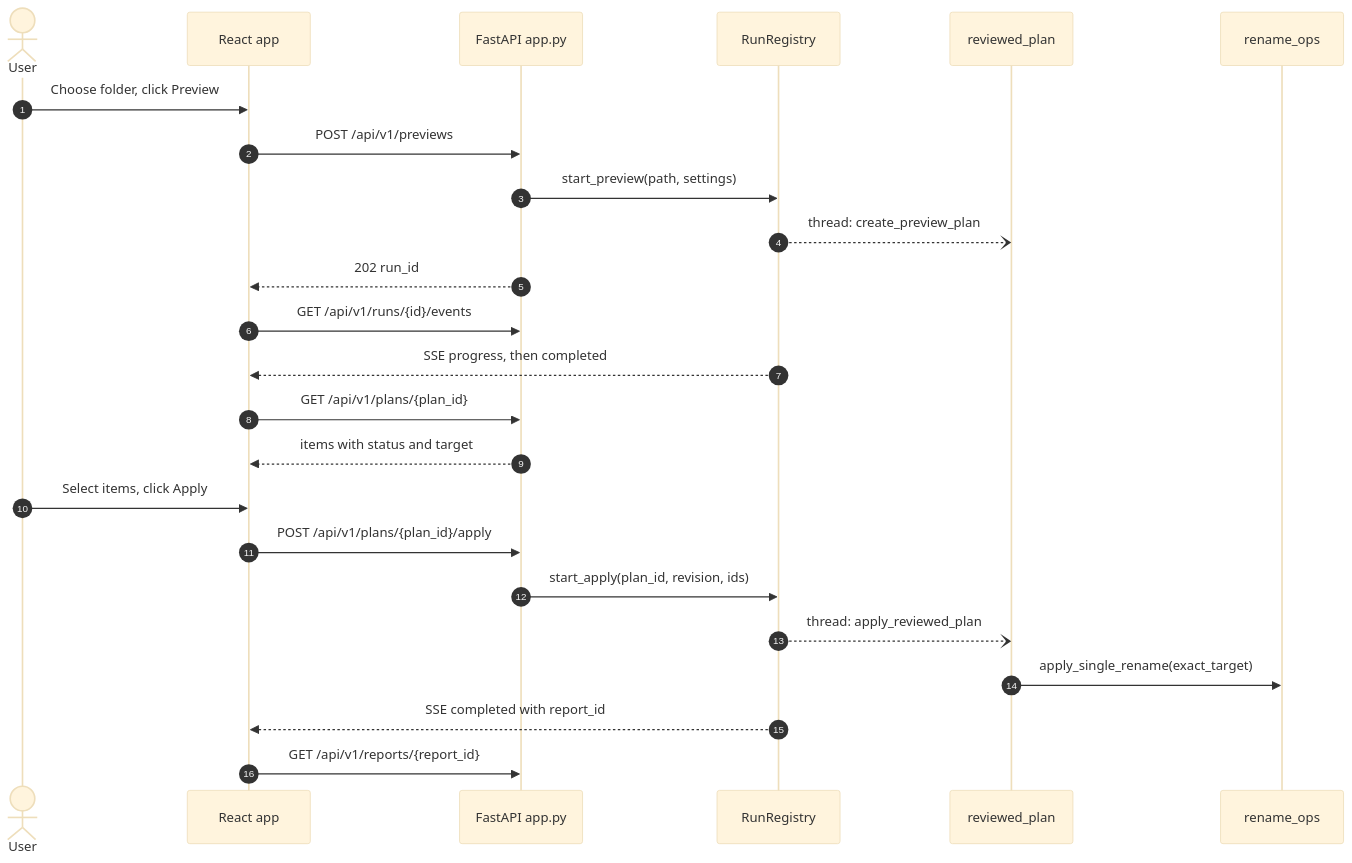
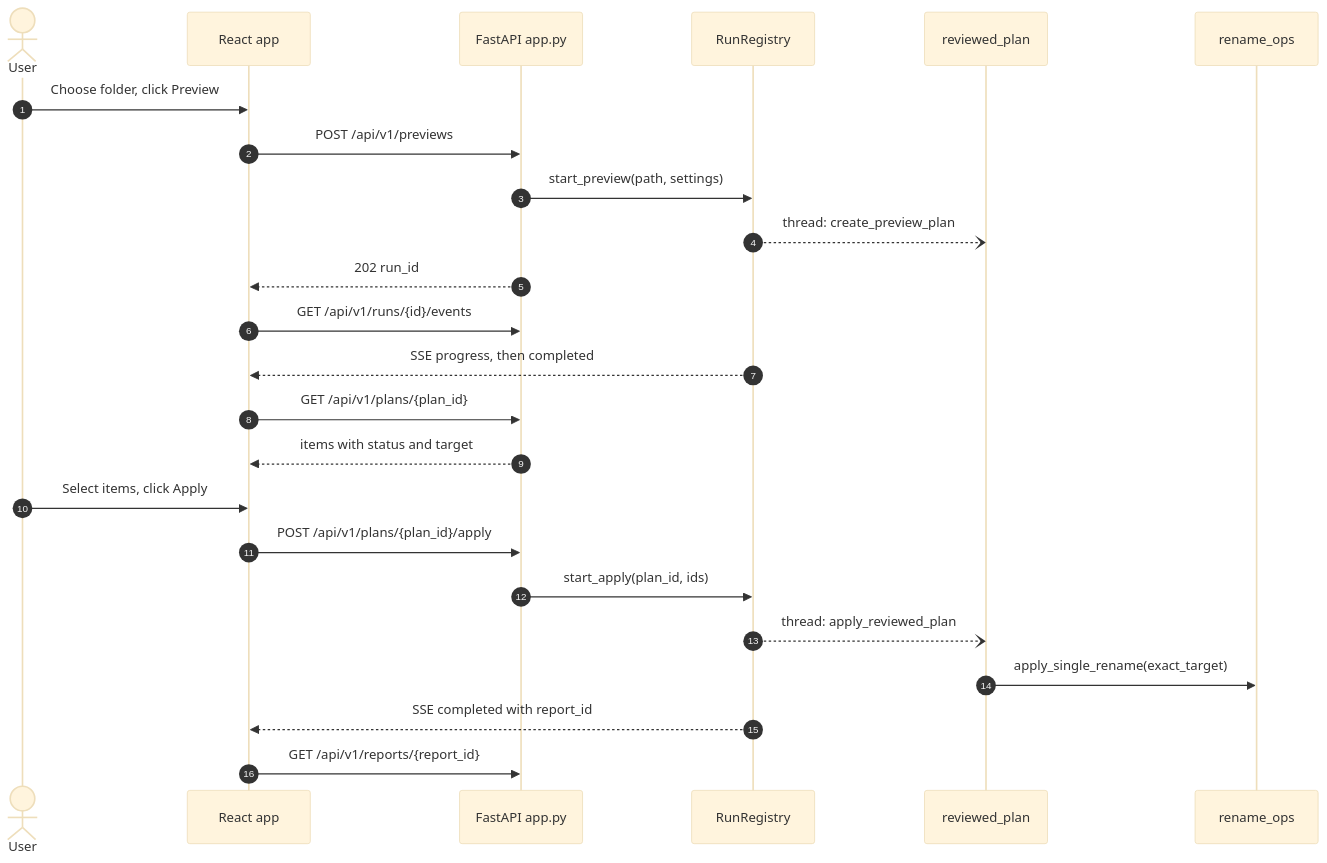
The sixth of 8 diagrams in DESIGN.md (sebastianspicker/folionym-pdf), drawn with Mermaid (base theme) before and after one commit. The commit also changed other lines of this file and 24 other files, not shown here.

````diff
--- a/DESIGN.md
+++ b/DESIGN.md
@@ -285,27 +285,27 @@
 ```mermaid
 sequenceDiagram
     autonumber
     actor U as User
     participant ui as React app
     participant api as FastAPI app.py
     participant reg as RunRegistry
     participant plan as reviewed_plan
     participant ops as rename_ops
 
     U->>ui: Choose folder, click Preview
     ui->>api: POST /api/v1/previews
     api->>reg: start_preview(path, settings)
     reg--)plan: thread: create_preview_plan
     api-->>ui: 202 run_id
     ui->>api: GET /api/v1/runs/{id}/events
     reg-->>ui: SSE progress, then completed
     ui->>api: GET /api/v1/plans/{plan_id}
     api-->>ui: items with status and target
     U->>ui: Select items, click Apply
     ui->>api: POST /api/v1/plans/{plan_id}/apply
-    api->>reg: start_apply(plan_id, revision, ids)
+    api->>reg: start_apply(plan_id, ids)
     reg--)plan: thread: apply_reviewed_plan
     plan->>ops: apply_single_rename(exact_target)
     reg-->>ui: SSE completed with report_id
     ui->>api: GET /api/v1/reports/{report_id}
 ```
````
